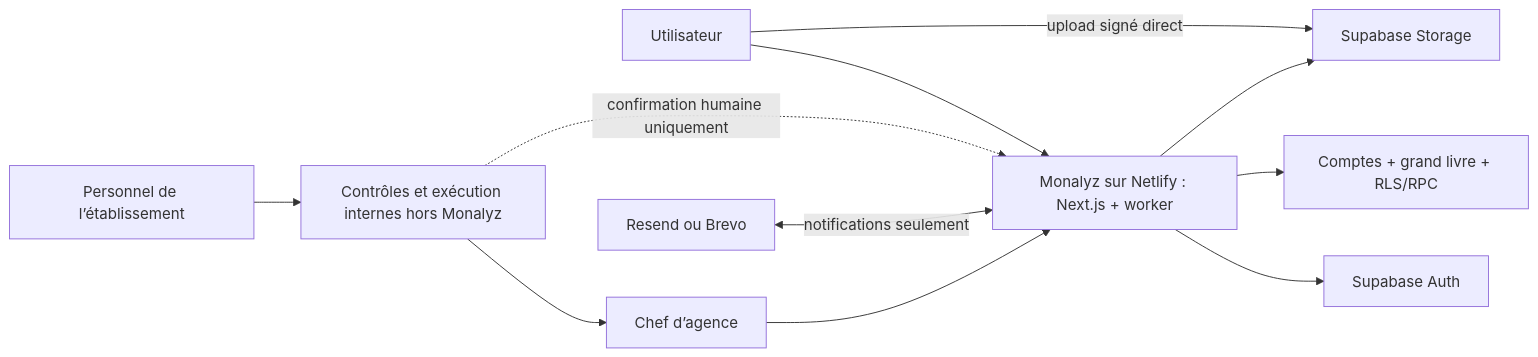
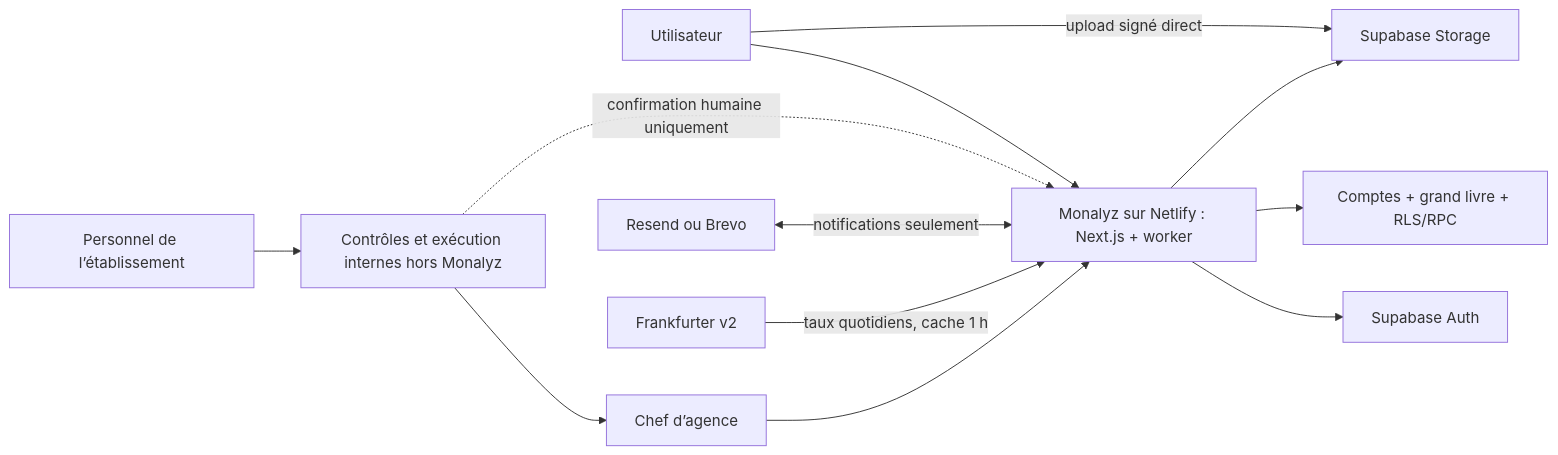
One commit to kalybanky-jpg/kalybank changed the first of 4 diagrams in docs/architecture.md. Above: the diagram before and after it, drawn with Mermaid. The commit also changed other lines of this file and 72 other files, not shown here.

````diff
--- a/docs/architecture.md
+++ b/docs/architecture.md
@@ -20,13 +21,14 @@
 ```mermaid
 flowchart LR
   U["Utilisateur"] --> N["Monalyz sur Netlify : Next.js + worker"]
   C["Chef d’agence"] --> N
   N --> A["Supabase Auth"]
   N --> D["Comptes + grand livre + RLS/RPC"]
   U -->|"upload signé direct"| P["Supabase Storage"]
   N --> P
   B["Personnel de l’établissement"] --> X["Contrôles et exécution internes hors Monalyz"]
   X --> C
   X -. "confirmation humaine uniquement" .-> N
   E["Resend ou Brevo"] <-->|"notifications seulement"| N
+  F["Frankfurter v2"] -->|"taux quotidiens, cache 1 h"| N
 ```
````
